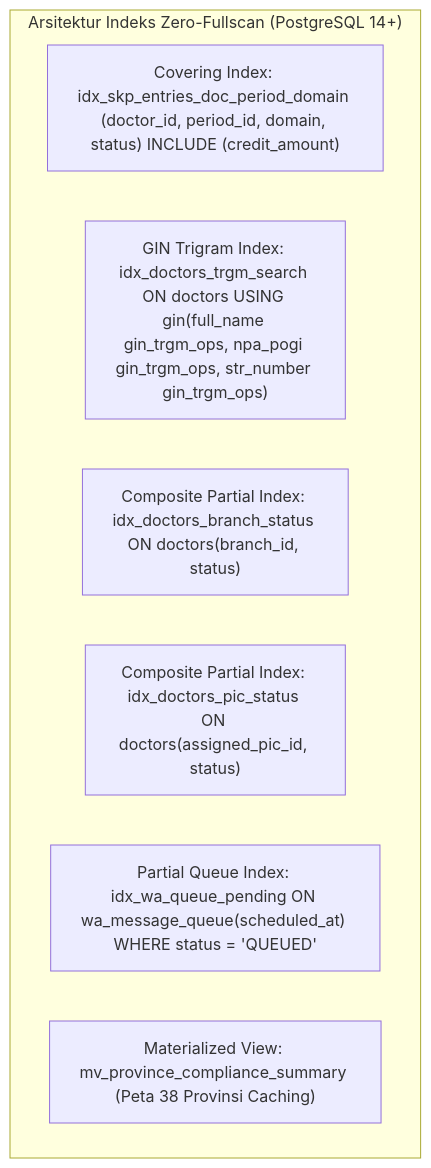
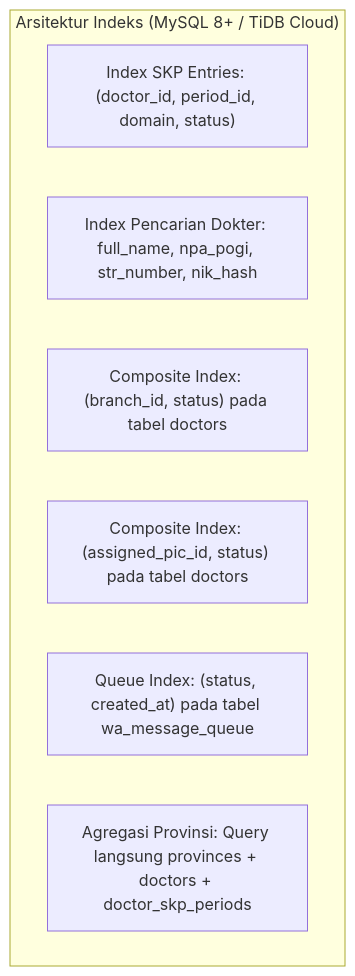
Before and after one commit to echoTech187/pogi-spk-tracker: the tenth of 11 diagrams in ARCHITECTURE.md, drawn with Mermaid. The commit also changed other lines of this file, not shown here.

Commit message:
docs(architecture): align ARCHITECTURE.md with Laravel 12, Vercel PHP, TiDB Cloud, and Artisan scheduler

````diff
--- a/ARCHITECTURE.md
+++ b/ARCHITECTURE.md
@@ -522,11 +519,11 @@
 ```mermaid
 flowchart TD
-    subgraph Indexes["Arsitektur Indeks Zero-Fullscan (PostgreSQL 14+)"]
-        I1["Covering Index: idx_skp_entries_doc_period_domain (doctor_id, period_id, domain, status) INCLUDE (credit_amount)"]
-        I2["GIN Trigram Index: idx_doctors_trgm_search ON doctors USING gin(full_name gin_trgm_ops, npa_pogi gin_trgm_ops, str_number gin_trgm_ops)"]
-        I3["Composite Partial Index: idx_doctors_branch_status ON doctors(branch_id, status)"]
-        I4["Composite Partial Index: idx_doctors_pic_status ON doctors(assigned_pic_id, status)"]
-        I5["Partial Queue Index: idx_wa_queue_pending ON wa_message_queue(scheduled_at) WHERE status = 'QUEUED'"]
-        I6["Materialized View: mv_province_compliance_summary (Peta 38 Provinsi Caching)"]
+    subgraph Indexes["Arsitektur Indeks (MySQL 8+ / TiDB Cloud)"]
+        I1["Index SKP Entries: (doctor_id, period_id, domain, status)"]
+        I2["Index Pencarian Dokter: full_name, npa_pogi, str_number, nik_hash"]
+        I3["Composite Index: (branch_id, status) pada tabel doctors"]
+        I4["Composite Index: (assigned_pic_id, status) pada tabel doctors"]
+        I5["Queue Index: (status, created_at) pada tabel wa_message_queue"]
+        I6["Agregasi Provinsi: Query langsung provinces + doctors + doctor_skp_periods"]
     end
 ```
````
